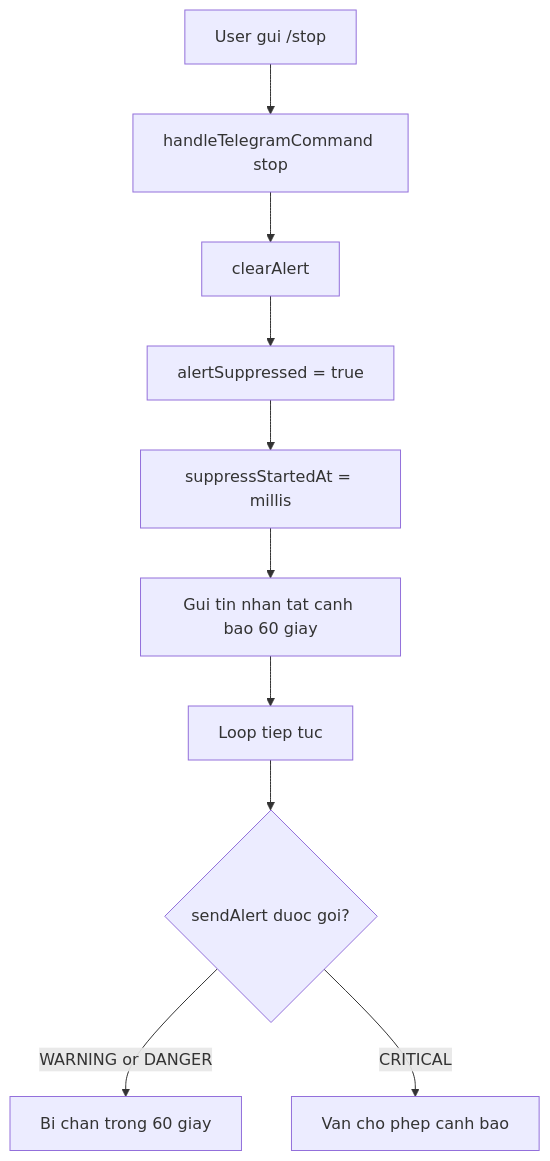
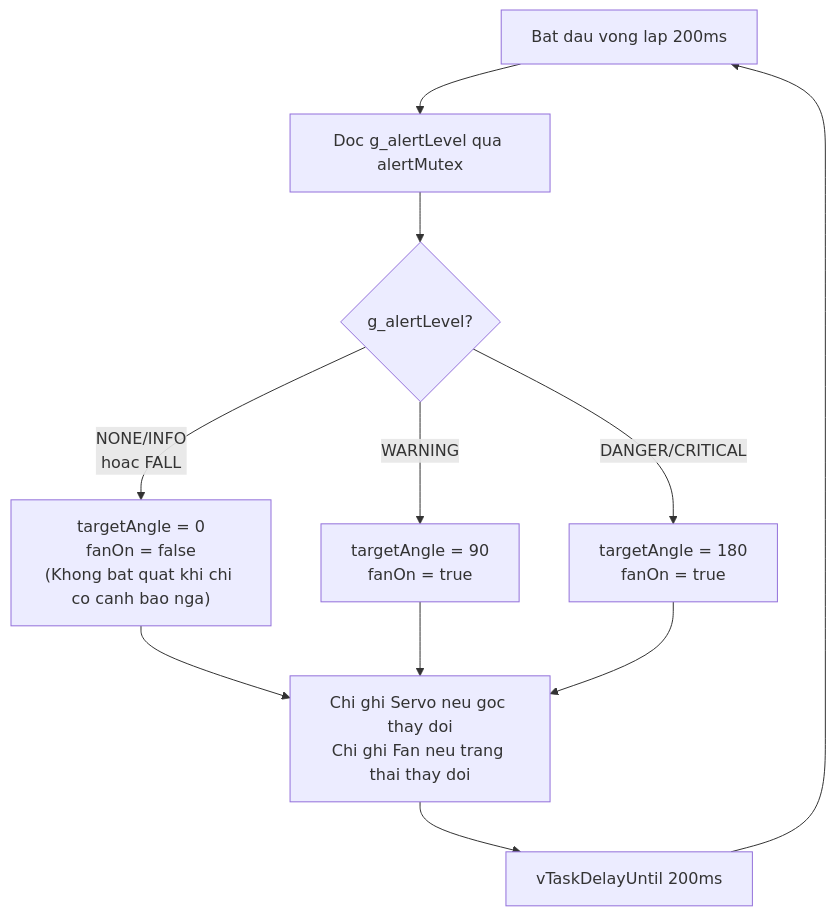
One commit to DKiet33/MAIN_PROJECT_THAYKIEN_MPU6050_XIAO changed the fifth of 8 diagrams in Flowchart/nguyen-ly-hoat-dong-flowchart.md. Above: the diagram before and after it, drawn with Mermaid. The commit also changed other lines of this file and 5 other files, not shown here.

````diff
--- a/Flowchart/nguyen-ly-hoat-dong-flowchart.md
+++ b/Flowchart/nguyen-ly-hoat-dong-flowchart.md
@@ -69,12 +133,15 @@
 ```mermaid
 flowchart TD
-    A[User gui /stop] --> B[handleTelegramCommand stop]
-    B --> C[clearAlert]
-    C --> D[alertSuppressed = true]
-    D --> E[suppressStartedAt = millis]
-    E --> F[Gui tin nhan tat canh bao 60 giay]
-    F --> G[Loop tiep tuc]
-    G --> H{sendAlert duoc goi?}
-    H -- WARNING or DANGER --> I[Bi chan trong 60 giay]
-    H -- CRITICAL --> J[Van cho phep canh bao]
+    Start[Bat dau vong lap 200ms] --> Read[Doc g_alertLevel qua alertMutex]
+    Read --> Switch{g_alertLevel?}
+
+    Switch -- "NONE/INFO\nhoac FALL" --> NA["targetAngle = 0\nfanOn = false\n(Khong bat quat khi chi co canh bao nga)"]
+    Switch -- WARNING --> WA[targetAngle = 90\nfanOn = true]
+    Switch -- "DANGER/CRITICAL" --> DA[targetAngle = 180\nfanOn = true]
+
+    NA --> Write[Chi ghi Servo neu goc thay doi\nChi ghi Fan neu trang thai thay doi]
+    WA --> Write
+    DA --> Write
+    Write --> End[vTaskDelayUntil 200ms]
+    End --> Start
 ```
````
